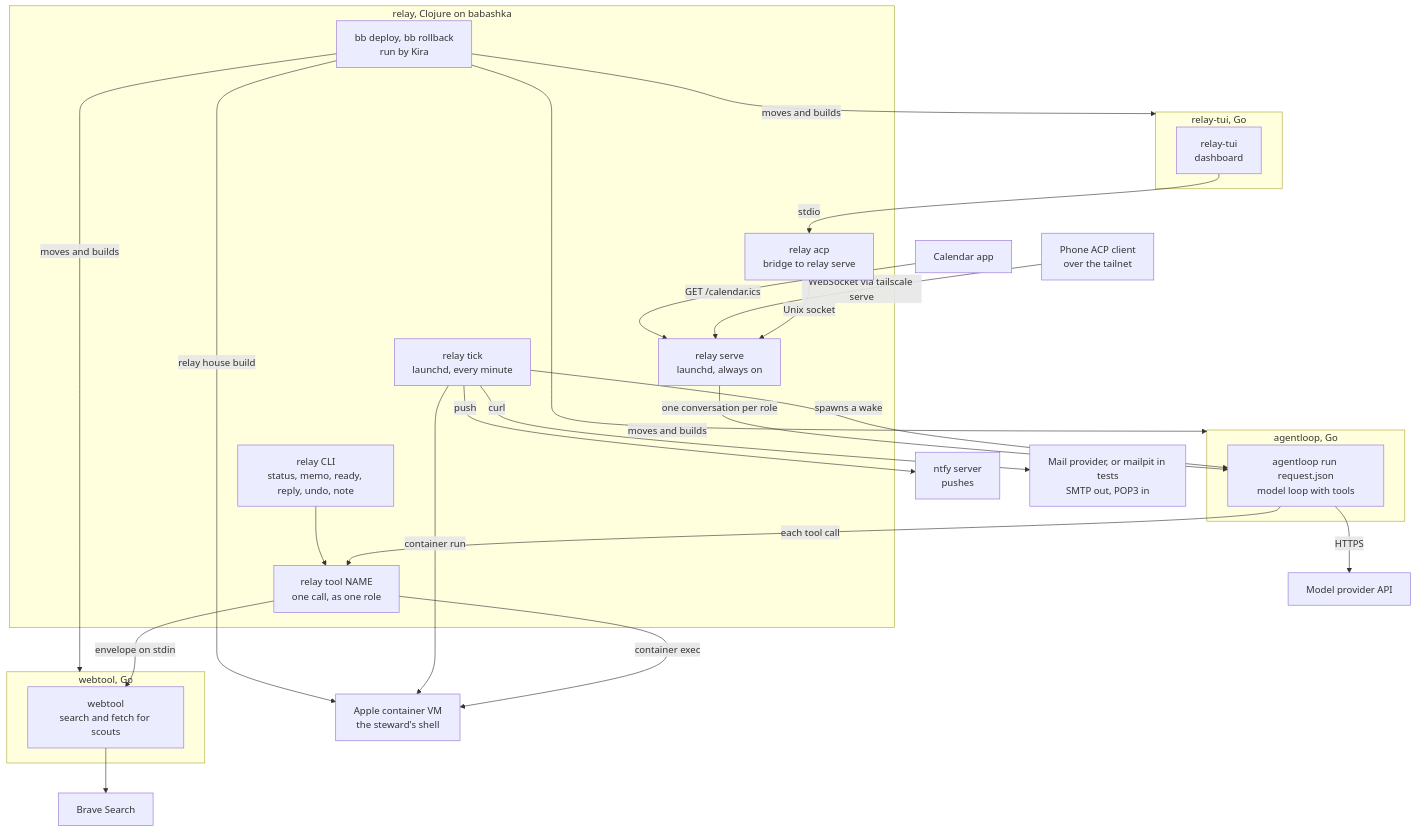
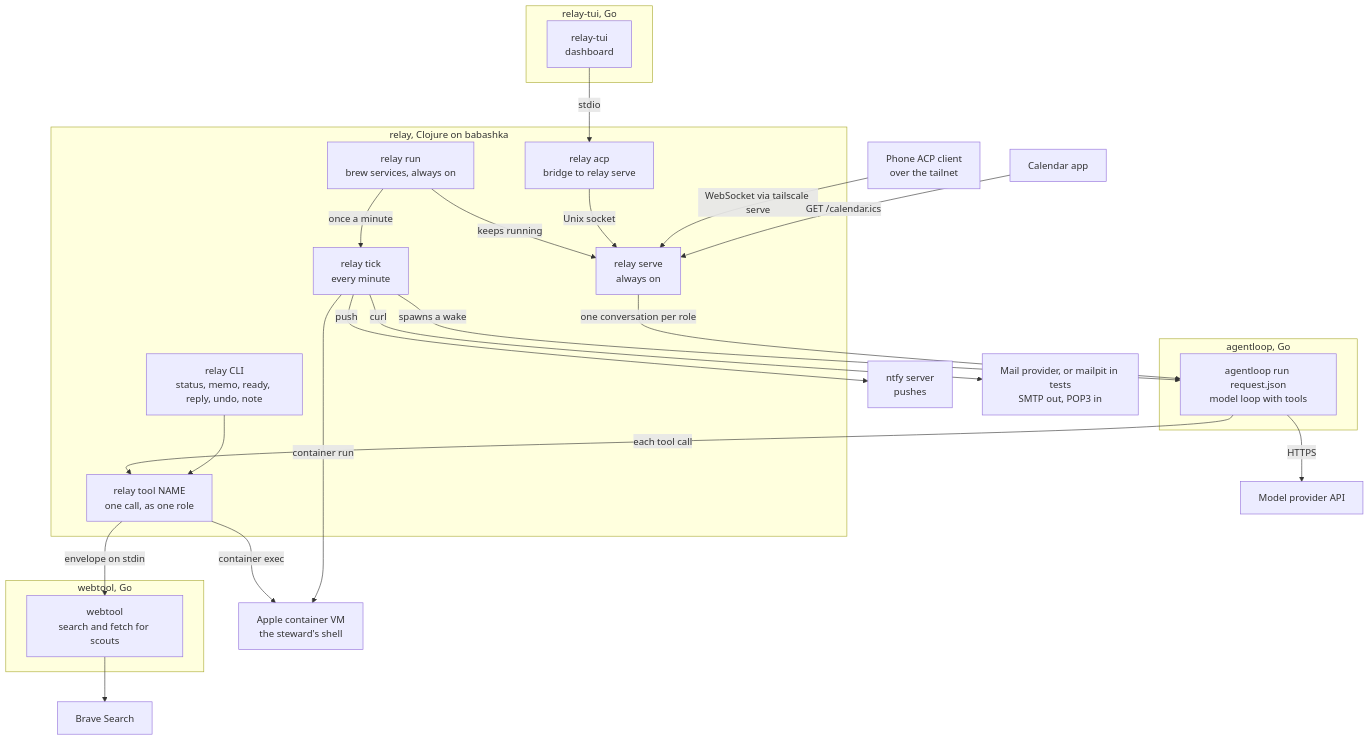
The third of 16 diagrams in docs/architecture.md (kirahowe/relay), drawn with Mermaid before and after one commit. The commit also changed other lines of this file and 4 other files, not shown here.

````diff
--- a/docs/architecture.md
+++ b/docs/architecture.md
@@ -125,51 +125,49 @@
 ```mermaid
 flowchart TB
     subgraph relayrepo["relay, Clojure on babashka"]
-        tick["relay tick<br/>launchd, every minute"]
-        serve["relay serve<br/>launchd, always on"]
+        svc["relay run<br/>brew services, always on"]
+        tick["relay tick<br/>every minute"]
+        serve["relay serve<br/>always on"]
         acp["relay acp<br/>bridge to relay serve"]
         tool["relay tool NAME<br/>one call, as one role"]
         cli["relay CLI<br/>status, memo, ready, reply, undo, note"]
-        deploy["bb deploy, bb rollback<br/>run by Kira"]
     end
 
     subgraph agentloopRepo["agentloop, Go"]
         al["agentloop run request.json<br/>model loop with tools"]
     end
 
     subgraph tuiRepo["relay-tui, Go"]
         tui["relay-tui<br/>dashboard"]
     end
 
     subgraph webtoolRepo["webtool, Go"]
         wt["webtool<br/>search and fetch for scouts"]
     end
 
     container["Apple container VM<br/>the steward's shell"]
     ntfy["ntfy server<br/>pushes"]
     smtp["Mail provider, or mailpit in tests<br/>SMTP out, POP3 in"]
     provider["Model provider API"]
     brave["Brave Search"]
     phone["Phone ACP client<br/>over the tailnet"]
     calapp["Calendar app"]
 
+    svc -->|"once a minute"| tick
+    svc -->|"keeps running"| serve
     tick -->|"spawns a wake"| al
     serve -->|"one conversation per role"| al
     al -->|"HTTPS"| provider
     al -->|"each tool call"| tool
     tool -->|"envelope on stdin"| wt
     wt --> brave
     tool -->|"container exec"| container
     tick -->|"container run"| container
     tui -->|"stdio"| acp
     acp -->|"Unix socket"| serve
     phone -->|"WebSocket via tailscale serve"| serve
     calapp -->|"GET /calendar.ics"| serve
     tick -->|"curl"| smtp
     tick -->|"push"| ntfy
     cli --> tool
-    deploy -->|"moves and builds"| agentloopRepo
-    deploy -->|"moves and builds"| tuiRepo
-    deploy -->|"moves and builds"| webtoolRepo
-    deploy -->|"relay house build"| container
 ```
````
